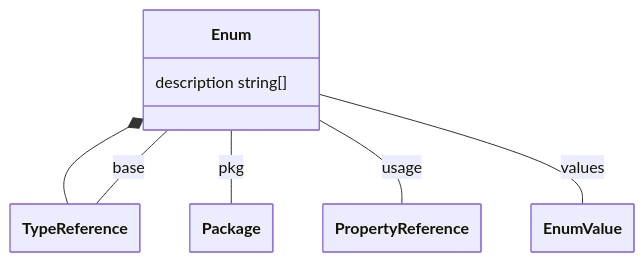
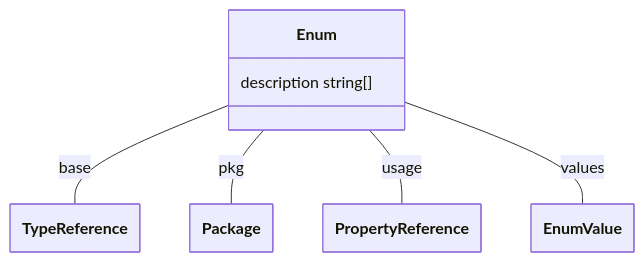
The first of 15 diagrams in docs/model/model.md (theunrepentantgeek/crddoc), drawn with Mermaid before and after one commit. The commit also changed other lines of this file and 8 other files, not shown here.

First line of the commit message:
Improve class diagrams (#105)

````diff
--- a/docs/model/model.md
+++ b/docs/model/model.md
@@ -25,23 +25,26 @@
 ```mermaid
 ---
   config:
     class:
       hideEmptyMembersBox: true
 ---
 classDiagram
-class Enum["Enum"] {
-    description string[]
-}
+
+class Enum["Enum"]{  
+      description string[]
 
 
-Enum *-- TypeReference
+} 
+
+
+Enum -- TypeReference : base 
+Enum -- Package : pkg 
+Enum -- PropertyReference : usage 
+Enum -- EnumValue : values 
+
 class TypeReference["TypeReference"]
-Enum -- TypeReference : base
-Enum -- Package : pkg
-Enum -- PropertyReference : usage
-Enum -- EnumValue : values
-class TypeReference["TypeReference"] 
-class Package["Package"] 
-class PropertyReference["PropertyReference"] 
-class EnumValue["EnumValue"] 
+class Package["Package"]
+class PropertyReference["PropertyReference"]
+class EnumValue["EnumValue"]
+
 ```
````
